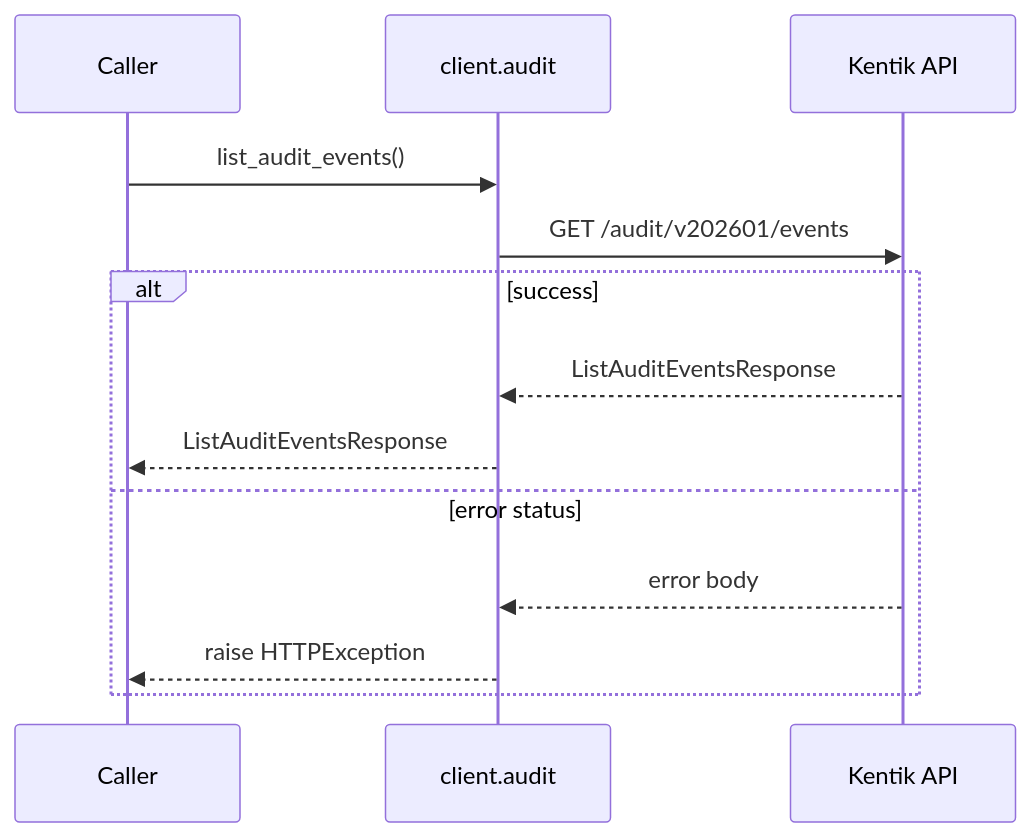
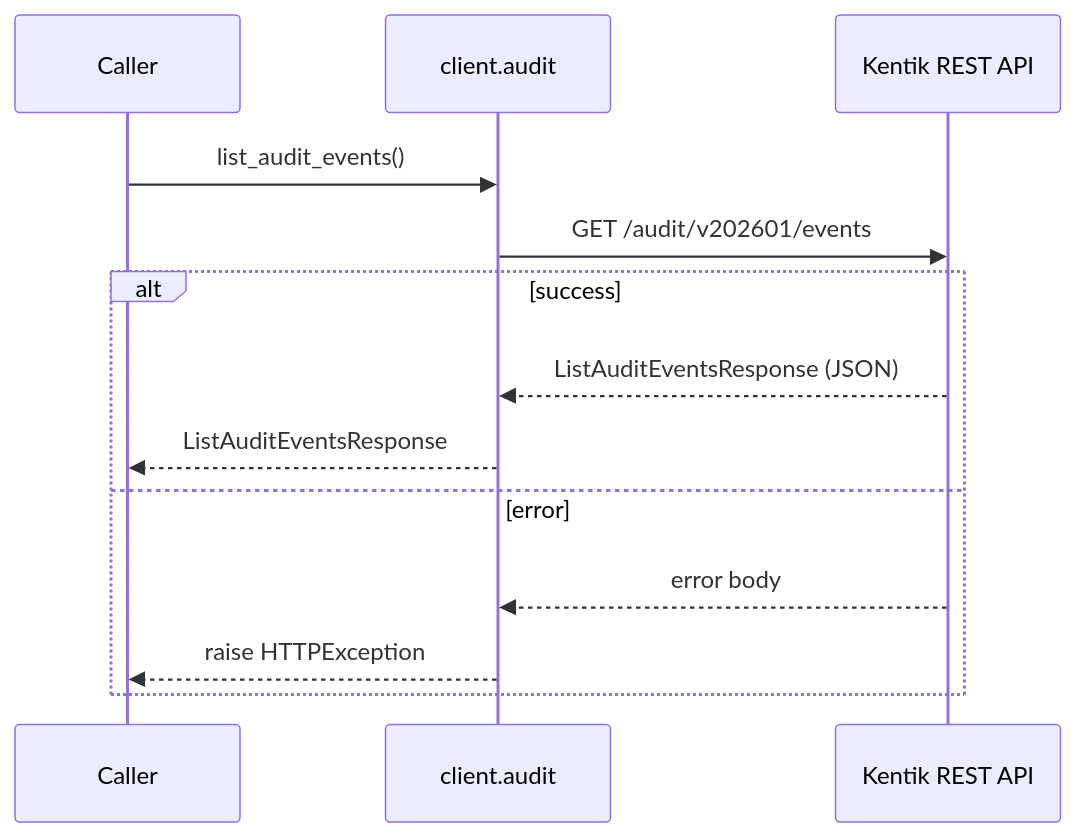
Before and after one commit to alexdearaujo/community_sdk_python: the second of 8 diagrams in docs/sphinx/services/audit.md, drawn with Mermaid. The commit also changed other lines of this file and 61 other files, not shown here.

````diff
--- a/docs/sphinx/services/audit.md
+++ b/docs/sphinx/services/audit.md
@@ -33,16 +35,16 @@
 ```mermaid
 sequenceDiagram
     participant C as Caller
     participant W as client.audit
-    participant API as Kentik API
+    participant API as Kentik REST API
 
     C->>W: list_audit_events()
     W->>API: GET /audit/v202601/events
     alt success
-        API-->>W: ListAuditEventsResponse
+        API-->>W: ListAuditEventsResponse (JSON)
         W-->>C: ListAuditEventsResponse
-    else error status
+    else error
         API-->>W: error body
         W-->>C: raise HTTPException
     end
 ```
````
